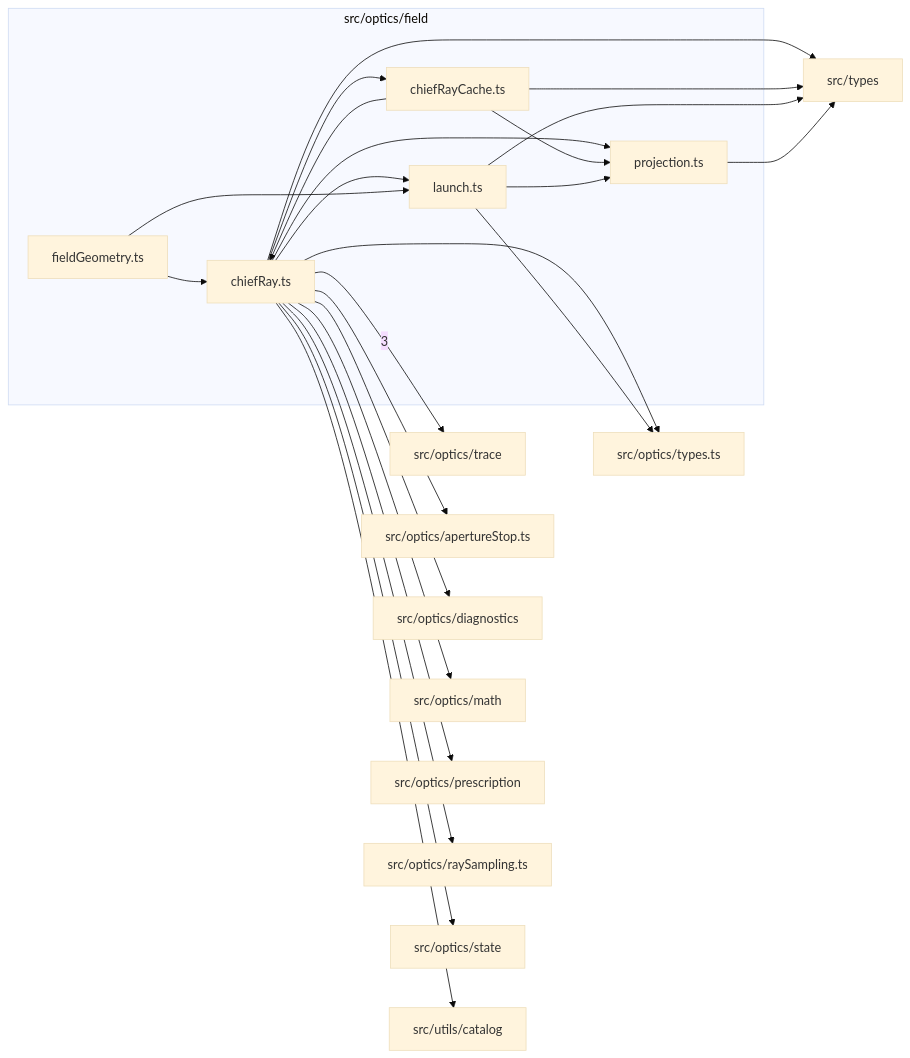
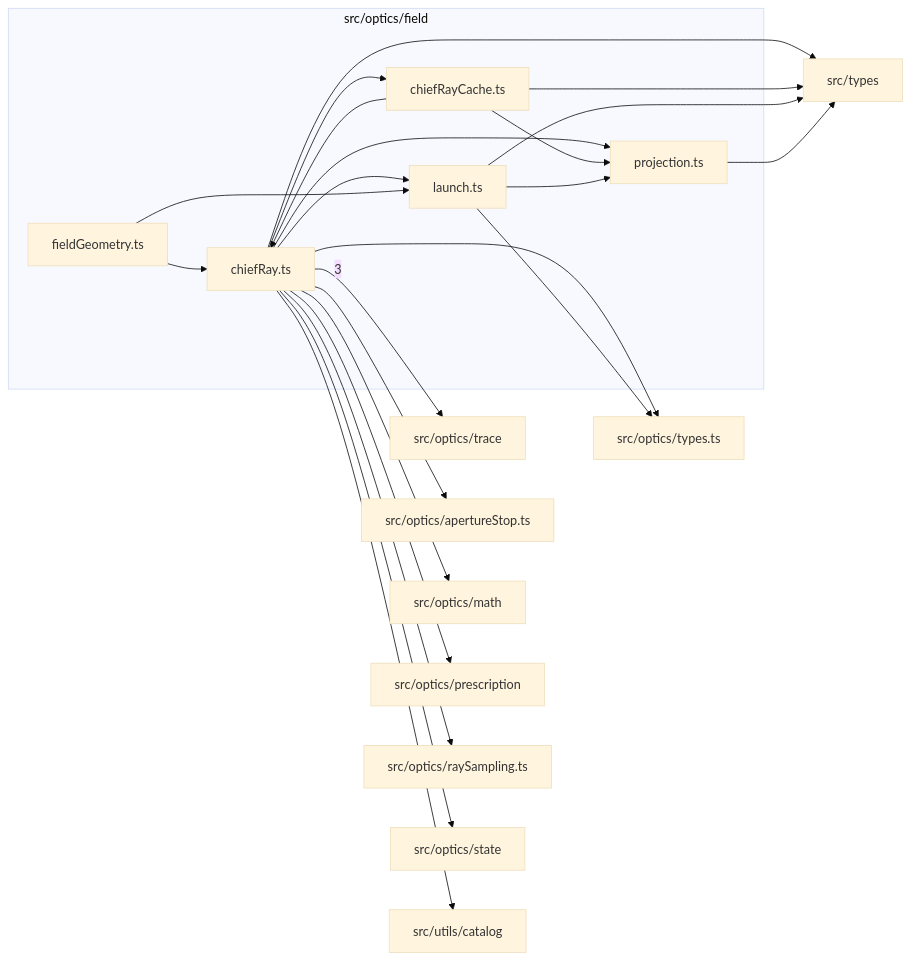
Before and after one commit to BeamFour/LensVisualizer: the diagram in src/optics/field/readme.md, drawn with Mermaid (base theme). The commit also changed other lines of this file and 53 other files, not shown here.

````diff
--- a/src/optics/field/readme.md
+++ b/src/optics/field/readme.md
@@ -9,42 +9,40 @@
 ```mermaid
 flowchart LR
   subgraph n_src_optics_field["src/optics/field"]
     n_src_optics_field_src_optics_field_chiefRay_ts["chiefRay.ts"]
     n_src_optics_field_src_optics_field_chiefRayCache_ts["chiefRayCache.ts"]
     n_src_optics_field_src_optics_field_fieldGeometry_ts["fieldGeometry.ts"]
     n_src_optics_field_src_optics_field_launch_ts["launch.ts"]
     n_src_optics_field_src_optics_field_projection_ts["projection.ts"]
   end
   n_external_src_optics_trace["src/optics/trace"]
   n_external_src_optics_apertureStop_ts["src/optics/apertureStop.ts"]
-  n_external_src_optics_diagnostics["src/optics/diagnostics"]
   n_external_src_optics_math["src/optics/math"]
   n_external_src_optics_prescription["src/optics/prescription"]
   n_external_src_optics_raySampling_ts["src/optics/raySampling.ts"]
   n_external_src_optics_state["src/optics/state"]
   n_external_src_optics_types_ts["src/optics/types.ts"]
   n_external_src_types["src/types"]
   n_external_src_utils_catalog["src/utils/catalog"]
   n_src_optics_field_src_optics_field_chiefRay_ts --> |3| n_external_src_optics_trace
   n_src_optics_field_src_optics_field_chiefRay_ts --> n_external_src_optics_apertureStop_ts
-  n_src_optics_field_src_optics_field_chiefRay_ts --> n_external_src_optics_diagnostics
   n_src_optics_field_src_optics_field_chiefRay_ts --> n_external_src_optics_math
   n_src_optics_field_src_optics_field_chiefRay_ts --> n_external_src_optics_prescription
   n_src_optics_field_src_optics_field_chiefRay_ts --> n_external_src_optics_raySampling_ts
   n_src_optics_field_src_optics_field_chiefRay_ts --> n_external_src_optics_state
   n_src_optics_field_src_optics_field_chiefRay_ts --> n_external_src_optics_types_ts
   n_src_optics_field_src_optics_field_launch_ts --> n_external_src_optics_types_ts
   n_src_optics_field_src_optics_field_chiefRay_ts --> n_external_src_types
   n_src_optics_field_src_optics_field_chiefRayCache_ts --> n_external_src_types
   n_src_optics_field_src_optics_field_launch_ts --> n_external_src_types
   n_src_optics_field_src_optics_field_projection_ts --> n_external_src_types
   n_src_optics_field_src_optics_field_chiefRay_ts --> n_external_src_utils_catalog
   n_src_optics_field_src_optics_field_chiefRayCache_ts --> n_src_optics_field_src_optics_field_chiefRay_ts
   n_src_optics_field_src_optics_field_fieldGeometry_ts --> n_src_optics_field_src_optics_field_chiefRay_ts
   n_src_optics_field_src_optics_field_chiefRay_ts --> n_src_optics_field_src_optics_field_chiefRayCache_ts
   n_src_optics_field_src_optics_field_chiefRay_ts --> n_src_optics_field_src_optics_field_launch_ts
   n_src_optics_field_src_optics_field_fieldGeometry_ts --> n_src_optics_field_src_optics_field_launch_ts
   n_src_optics_field_src_optics_field_chiefRay_ts --> n_src_optics_field_src_optics_field_projection_ts
   n_src_optics_field_src_optics_field_chiefRayCache_ts --> n_src_optics_field_src_optics_field_projection_ts
   n_src_optics_field_src_optics_field_launch_ts --> n_src_optics_field_src_optics_field_projection_ts
 ```
````
